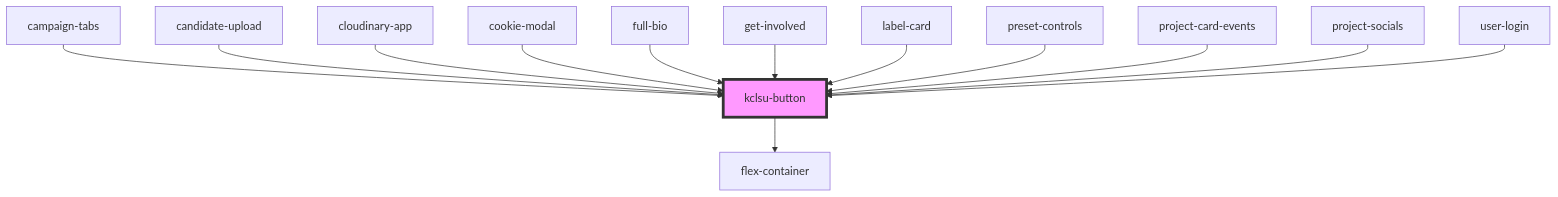
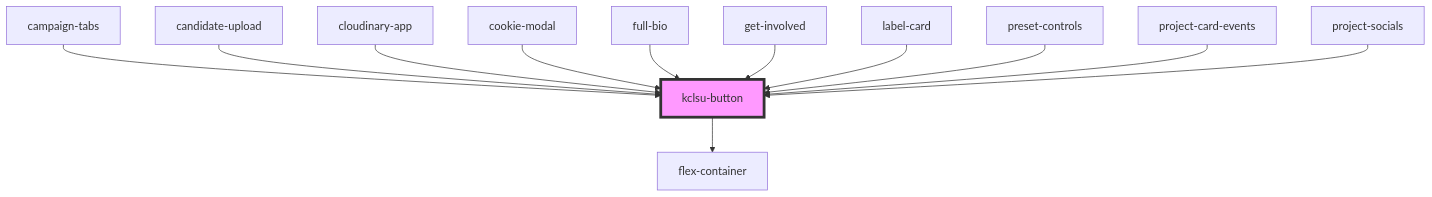
The diagram in src/components/buttons/kclsu-button/readme.md (dev-kylo/component_library), drawn with Mermaid before and after one commit. The commit also changed other lines of this file and 5 other files, not shown here.

````diff
--- a/src/components/buttons/kclsu-button/readme.md
+++ b/src/components/buttons/kclsu-button/readme.md
@@ -69,16 +68,15 @@
 ```mermaid
 graph TD;
   kclsu-button --> flex-container
   campaign-tabs --> kclsu-button
   candidate-upload --> kclsu-button
   cloudinary-app --> kclsu-button
   cookie-modal --> kclsu-button
   full-bio --> kclsu-button
   get-involved --> kclsu-button
   label-card --> kclsu-button
   preset-controls --> kclsu-button
   project-card-events --> kclsu-button
   project-socials --> kclsu-button
-  user-login --> kclsu-button
   style kclsu-button fill:#f9f,stroke:#333,stroke-width:4px
 ```
````
